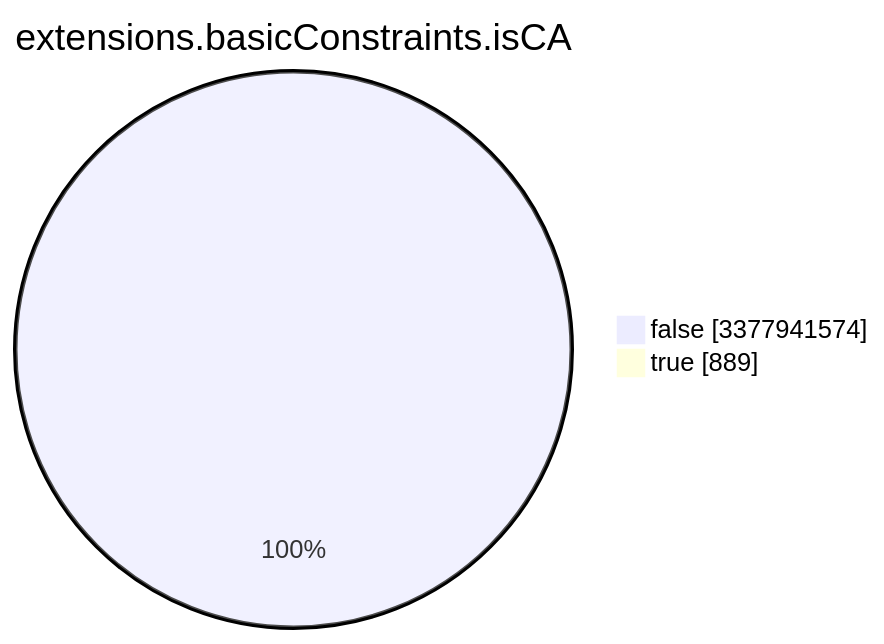
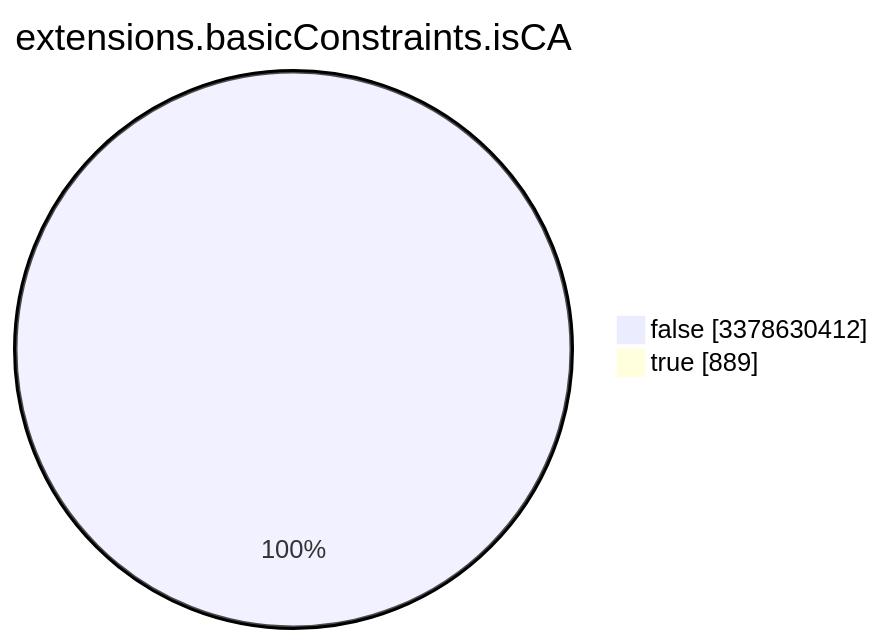
The seventh of 15 diagrams in TOTAL/README.md (christiankrug/ctmonitor_visualization), drawn with Mermaid before and after one commit. The commit also changed other lines of this file, not shown here.

````diff
--- a/TOTAL/README.md
+++ b/TOTAL/README.md
@@ -3090,6 +3090,6 @@
 ```mermaid
 pie showData
 title extensions.basicConstraints.isCA
-"false" :3377941574
+"false" :3378630412
 "true" :889
 ```
````
